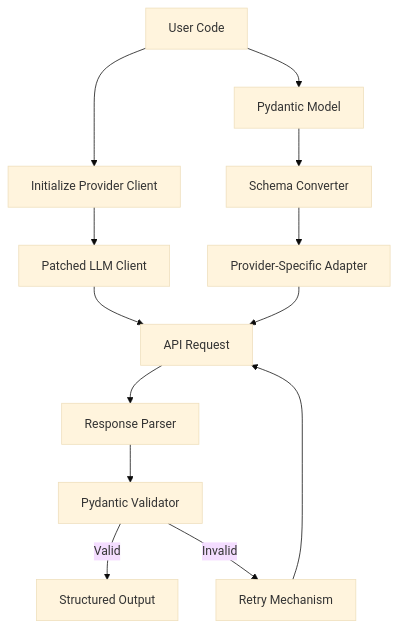
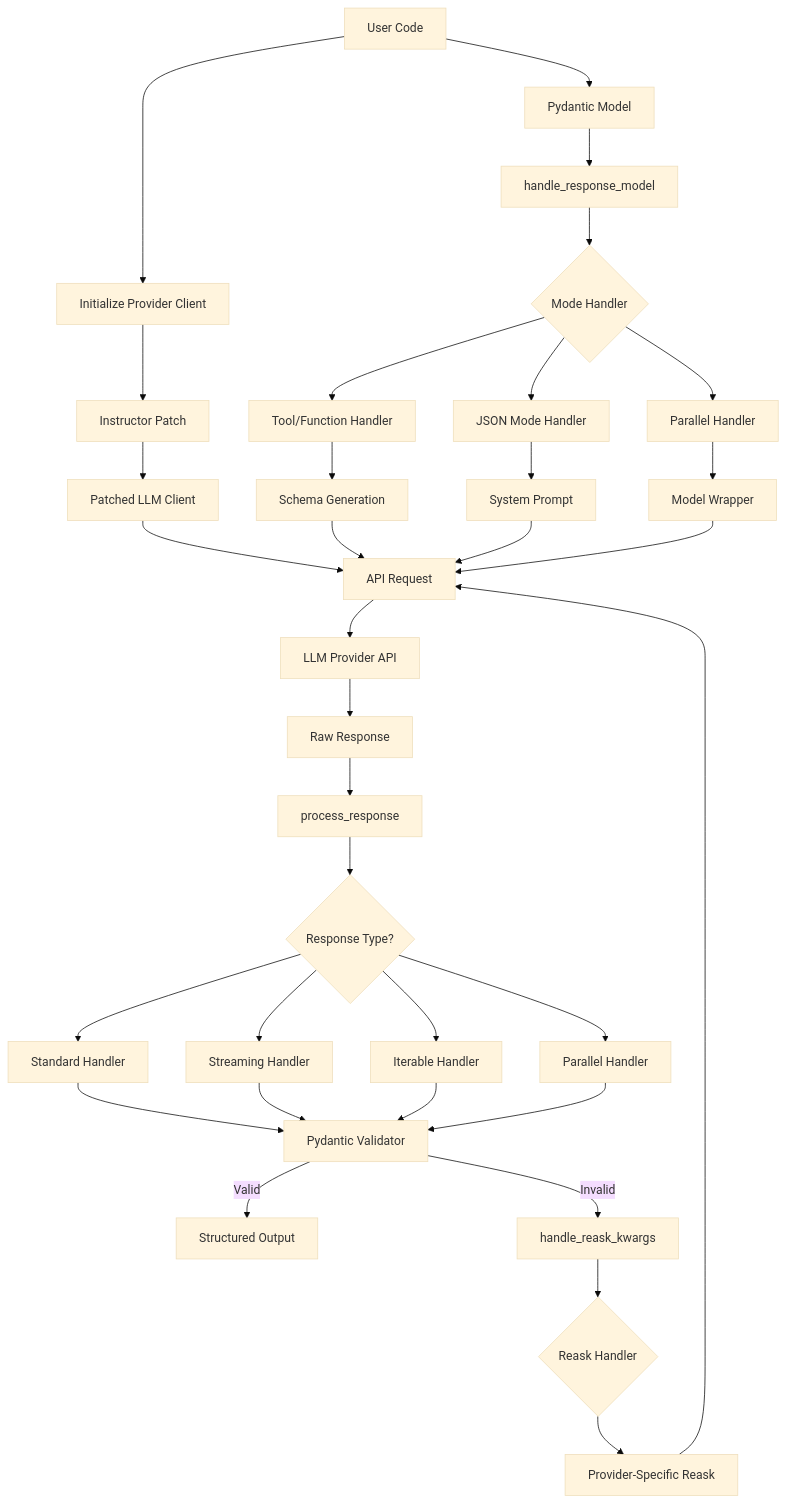
One commit to instructor-ai/instructor changed the diagram in docs/architecture.md. Above: the diagram before and after it, drawn with Mermaid (base theme). The commit also changed other lines of this file and 1 other file, not shown here.

First line of the commit message:
docs: enhance architecture and response processing documentation

````diff
--- a/docs/architecture.md
+++ b/docs/architecture.md
@@ -14,15 +16,46 @@
 ```mermaid
 graph TD
     User[User Code] --> PydanticModel[Pydantic Model]
     User --> ClientInit[Initialize Provider Client]
-    ClientInit --> PatchedClient[Patched LLM Client]
-    PydanticModel --> SchemaConverter[Schema Converter]
-    SchemaConverter --> ProviderAdapter[Provider-Specific Adapter]
+    ClientInit --> InstructorPatch[Instructor Patch]
+    InstructorPatch --> PatchedClient[Patched LLM Client]
+    
+    PydanticModel --> HandleResponseModel[handle_response_model]
+    HandleResponseModel --> ModeHandler{Mode Handler}
+    
+    ModeHandler --> ToolHandler[Tool/Function Handler]
+    ModeHandler --> JSONHandler[JSON Mode Handler]
+    ModeHandler --> ParallelHandler[Parallel Handler]
+    
+    ToolHandler --> SchemaGen[Schema Generation]
+    JSONHandler --> SystemPrompt[System Prompt]
+    ParallelHandler --> ModelWrapper[Model Wrapper]
+    
     PatchedClient --> APIRequest[API Request]
-    ProviderAdapter --> APIRequest
-    APIRequest --> ResponseParser[Response Parser]
-    ResponseParser --> Validator[Pydantic Validator]
+    SchemaGen --> APIRequest
+    SystemPrompt --> APIRequest
+    ModelWrapper --> APIRequest
+    
+    APIRequest --> LLMProvider[LLM Provider API]
+    LLMProvider --> RawResponse[Raw Response]
+    
+    RawResponse --> ProcessResponse[process_response]
+    ProcessResponse --> ResponseParser{Response Type?}
+    
+    ResponseParser --> StreamingHandler[Streaming Handler]
+    ResponseParser --> StandardHandler[Standard Handler]
+    ResponseParser --> IterableHandler[Iterable Handler]
+    ResponseParser --> ParallelResponseHandler[Parallel Handler]
+    
+    StandardHandler --> Validator[Pydantic Validator]
+    StreamingHandler --> Validator
+    IterableHandler --> Validator
+    ParallelResponseHandler --> Validator
+    
     Validator -- Valid --> StructuredOutput[Structured Output]
-    Validator -- Invalid --> RetryMechanism[Retry Mechanism]
-    RetryMechanism --> APIRequest
+    Validator -- Invalid --> HandleReaskKwargs[handle_reask_kwargs]
+    HandleReaskKwargs --> ReaskHandler{Reask Handler}
+    
+    ReaskHandler --> ProviderReask[Provider-Specific Reask]
+    ProviderReask --> APIRequest
 ```
````
